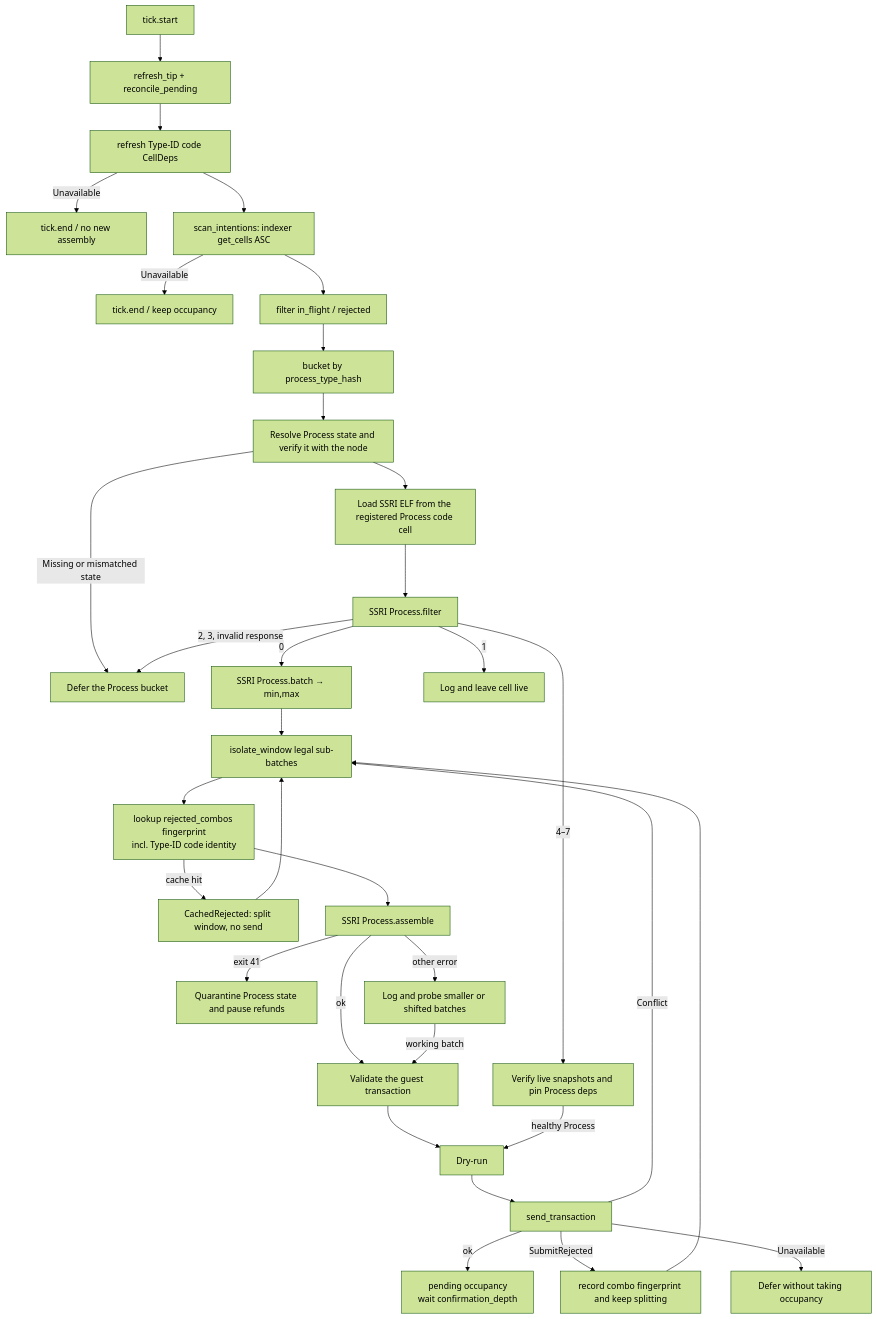
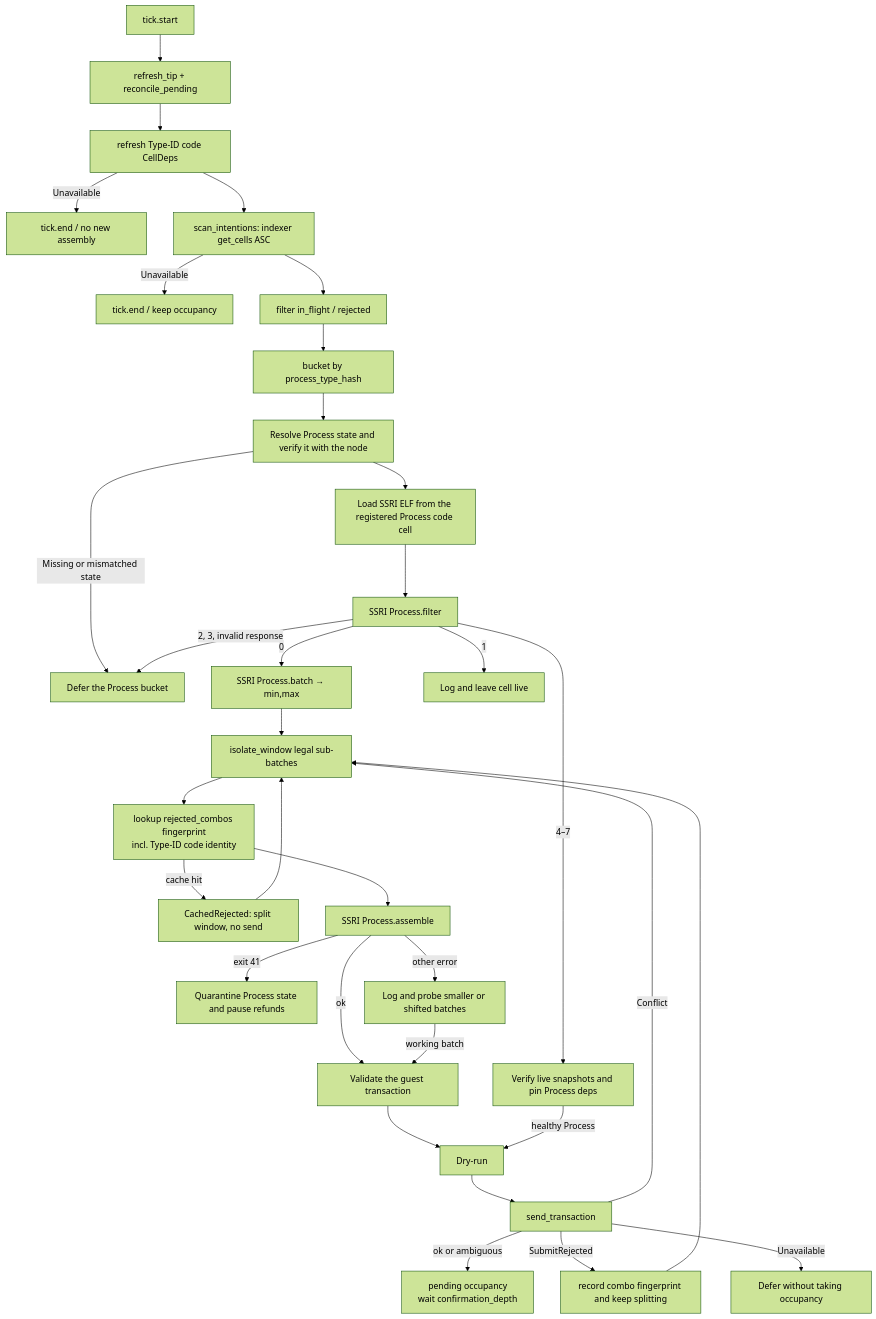
The diagram in README.md (ashuralyk/ckb-cid-backend-server), drawn with Mermaid (forest theme) before and after one commit. The commit also changed other lines of this file and 11 other files, not shown here.

Commit message:
fix: key isolation cursor on accepted candidates, hold refunds during ProbePending, reserve ambiguous submissions, do not persist funding-guard rejections

````diff
--- a/README.md
+++ b/README.md
@@ -199,35 +199,35 @@
 ```mermaid
 flowchart TD
   start["tick.start"] --> tip["refresh_tip + reconcile_pending"]
   tip --> deps["refresh Type-ID code CellDeps"]
   deps -->|Unavailable| endEarly["tick.end / no new assembly"]
   deps --> scan["scan_intentions: indexer get_cells ASC"]
   scan -->|Unavailable| endScan["tick.end / keep occupancy"]
   scan --> filter["filter in_flight / rejected"]
   filter --> bucket["bucket by process_type_hash"]
   bucket --> resolve["Resolve Process state and verify it with the node"]
   resolve -->|Missing or mismatched state| deferred
   resolve --> code["Load SSRI ELF from the registered Process code cell"]
   code --> verdict["SSRI Process.filter"]
   verdict -->|0| bounds["SSRI Process.batch → min,max"]
   verdict -->|1| logOnly["Log and leave cell live"]
   verdict -->|4–7| refund["Verify live snapshots and pin Process deps"]
   verdict -->|2, 3, invalid response| deferred["Defer the Process bucket"]
   bounds --> isolate["isolate_window legal sub-batches"]
   isolate --> peek["lookup rejected_combos fingerprint<br/>incl. Type-ID code identity"]
   peek -->|cache hit| split["CachedRejected: split window, no send"]
   peek --> assemble["SSRI Process.assemble"]
   assemble -->|ok| dok["Validate the guest transaction"]
   assemble -->|exit 41| quarantine["Quarantine Process state and pause refunds"]
   assemble -->|other error| probe["Log and probe smaller or shifted batches"]
   probe -->|working batch| dok
   dok --> gate["Dry-run"]
   refund -->|healthy Process| gate
   gate --> send["send_transaction"]
-  send -->|ok| pending["pending occupancy<br/>wait confirmation_depth"]
+  send -->|ok or ambiguous| pending["pending occupancy<br/>wait confirmation_depth"]
   send -->|SubmitRejected| combo["record combo fingerprint and keep splitting"]
   send -->|Conflict| isolate
   send -->|Unavailable| retry["Defer without taking occupancy"]
   split --> isolate
   combo --> isolate
 ```
````
